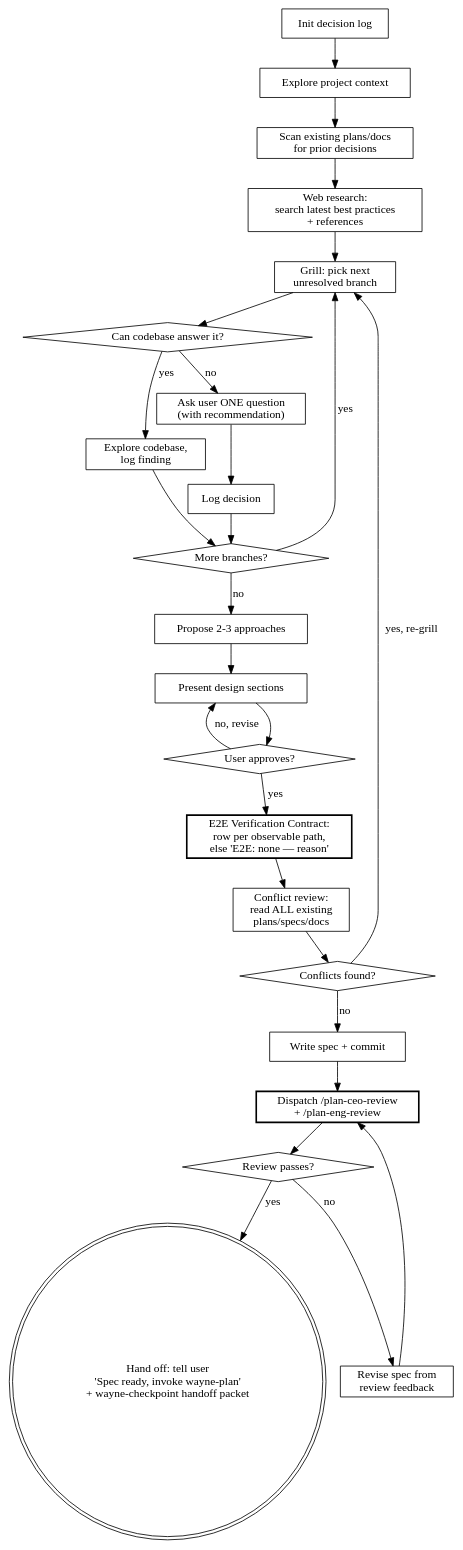
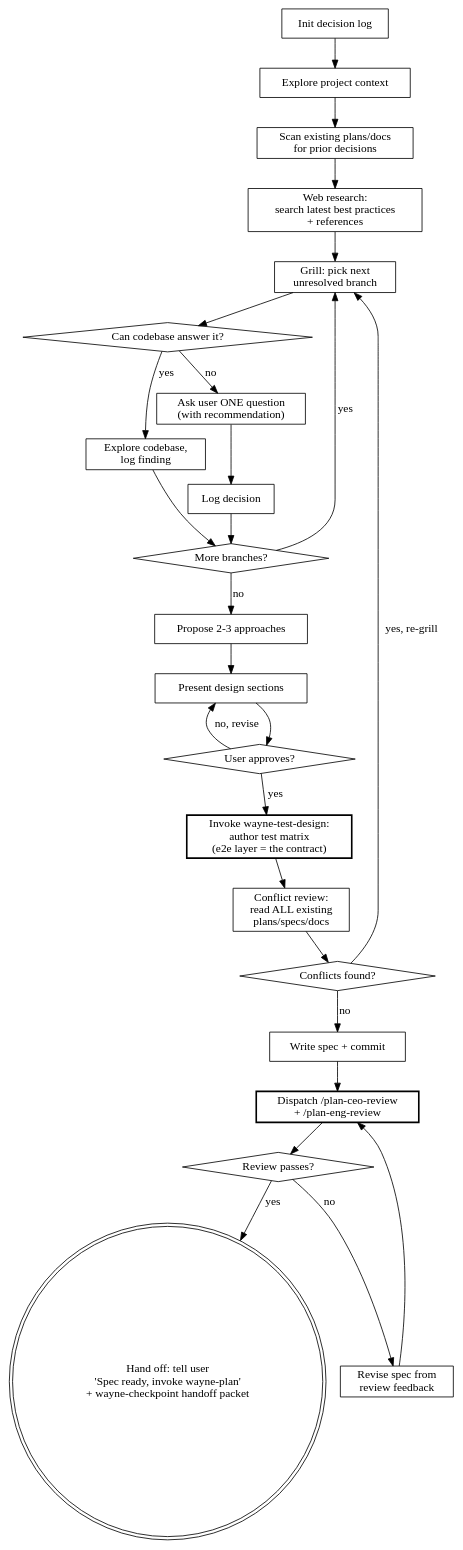
One commit to waynejing995/wayne-taste changed the diagram in wayne-mind-explode/SKILL.md. Above: the diagram before and after it, drawn with Graphviz. The commit also changed other lines of this file and 7 other files, not shown here.

````diff
--- a/wayne-mind-explode/SKILL.md
+++ b/wayne-mind-explode/SKILL.md
@@ -83,53 +83,53 @@
 ```dot
 digraph brainstorming {
     rankdir=TB;
 
     "Init decision log" [shape=box];
     "Explore project context" [shape=box];
     "Scan existing plans/docs\nfor prior decisions" [shape=box];
     "Grill: pick next\nunresolved branch" [shape=box];
     "Can codebase answer it?" [shape=diamond];
     "Explore codebase,\nlog finding" [shape=box];
     "Ask user ONE question\n(with recommendation)" [shape=box];
     "Log decision" [shape=box];
     "More branches?" [shape=diamond];
     "Propose 2-3 approaches" [shape=box];
     "Present design sections" [shape=box];
     "User approves?" [shape=diamond];
-    "E2E Verification Contract:\nrow per observable path,\nelse 'E2E: none — reason'" [shape=box, style=bold];
+    "Invoke wayne-test-design:\nauthor test matrix\n(e2e layer = the contract)" [shape=box, style=bold];
     "Conflict review:\nread ALL existing\nplans/specs/docs" [shape=box];
     "Conflicts found?" [shape=diamond];
     "Write spec + commit" [shape=box];
     "Dispatch /plan-ceo-review\n+ /plan-eng-review" [shape=box, style=bold];
     "Review passes?" [shape=diamond];
     "Revise spec from\nreview feedback" [shape=box];
     "Hand off: tell user\n'Spec ready, invoke wayne-plan'\n+ wayne-checkpoint handoff packet" [shape=doublecircle];
 
     "Web research:\nsearch latest best practices\n+ references" [shape=box];
 
     "Init decision log" -> "Explore project context";
     "Explore project context" -> "Scan existing plans/docs\nfor prior decisions";
     "Scan existing plans/docs\nfor prior decisions" -> "Web research:\nsearch latest best practices\n+ references";
     "Web research:\nsearch latest best practices\n+ references" -> "Grill: pick next\nunresolved branch";
     "Grill: pick next\nunresolved branch" -> "Can codebase answer it?";
     "Can codebase answer it?" -> "Explore codebase,\nlog finding" [label="yes"];
     "Can codebase answer it?" -> "Ask user ONE question\n(with recommendation)" [label="no"];
     "Explore codebase,\nlog finding" -> "More branches?";
     "Ask user ONE question\n(with recommendation)" -> "Log decision" -> "More branches?";
     "More branches?" -> "Grill: pick next\nunresolved branch" [label="yes"];
     "More branches?" -> "Propose 2-3 approaches" [label="no"];
     "Propose 2-3 approaches" -> "Present design sections";
     "Present design sections" -> "User approves?";
     "User approves?" -> "Present design sections" [label="no, revise"];
-    "User approves?" -> "E2E Verification Contract:\nrow per observable path,\nelse 'E2E: none — reason'" [label="yes"];
-    "E2E Verification Contract:\nrow per observable path,\nelse 'E2E: none — reason'" -> "Conflict review:\nread ALL existing\nplans/specs/docs";
+    "User approves?" -> "Invoke wayne-test-design:\nauthor test matrix\n(e2e layer = the contract)" [label="yes"];
+    "Invoke wayne-test-design:\nauthor test matrix\n(e2e layer = the contract)" -> "Conflict review:\nread ALL existing\nplans/specs/docs";
     "Conflict review:\nread ALL existing\nplans/specs/docs" -> "Conflicts found?";
     "Conflicts found?" -> "Grill: pick next\nunresolved branch" [label="yes, re-grill"];
     "Conflicts found?" -> "Write spec + commit" [label="no"];
     "Write spec + commit" -> "Dispatch /plan-ceo-review\n+ /plan-eng-review";
     "Dispatch /plan-ceo-review\n+ /plan-eng-review" -> "Review passes?";
     "Review passes?" -> "Hand off: tell user\n'Spec ready, invoke wayne-plan'\n+ wayne-checkpoint handoff packet" [label="yes"];
     "Review passes?" -> "Revise spec from\nreview feedback" [label="no"];
     "Revise spec from\nreview feedback" -> "Dispatch /plan-ceo-review\n+ /plan-eng-review";
 }
 ```
````
